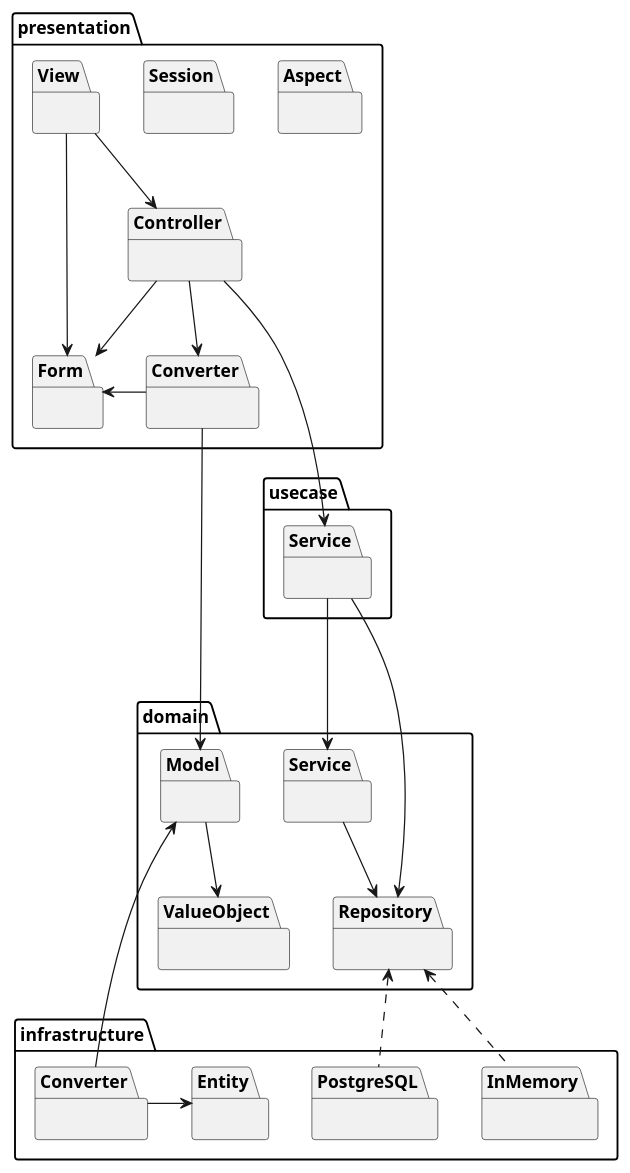
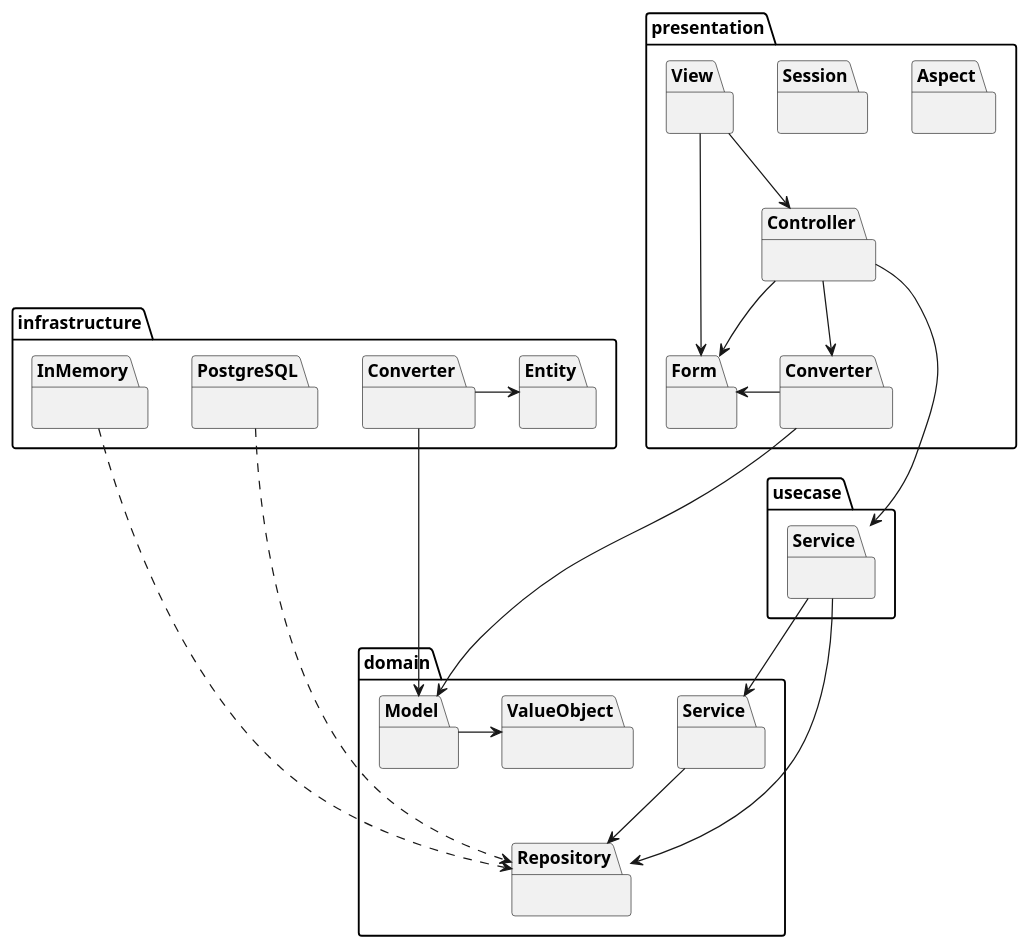
One commit to takku66/Yabomu changed the diagram in docs/class.pu. Above: the diagram before and after it, drawn with PlantUML. The commit also changed 45 other files, not shown here.

```diff
--- a/docs/class.pu
+++ b/docs/class.pu
@@ -1,82 +1,86 @@
 @startuml
 
 package presentation {
    	package Controller as p_ctl {
 
    	}
    	package Aspect as p_asp {
 
    	}
    	package Session as p_ssn {
 
    	}
    	package View as p_vw {
 
    	}
    	package Form as p_fm {
 
    	}
    	package Converter as p_cvtr {
 
    	}
 }
 
 package domain {
 	package ValueObject as d_vo {
 
    	}
 
    	package Service as d_svc {
 
    	}
 
    	package Repository as d_rp {
 
     }
 
     package Model as d_mdl {
 
     }
 
 }
 
 package infrastructure {
    	package InMemory as i_im {
 
    	}
 	package PostgreSQL as i_pgsql {
 
    	}
 	package Entity as i_ety {
 
    	}
    	package Converter as i_cvtr {
 
    	}
 }
 
 package usecase {
     package Service as u_svc {
 
     }
 }
 
 
 /' プレゼンテーション層の依存関係 '/
+i_cvtr ---> d_mdl
+i_cvtr -> i_ety
+i_im ...> d_rp
+i_pgsql ..> d_rp
+
 p_vw --> p_ctl
 p_vw --> p_fm
 p_ctl --> p_fm
 p_ctl --> p_cvtr
 p_cvtr -> p_fm
-p_cvtr --> d_mdl
-p_ctl ---> u_svc
-u_svc ---> d_rp
-u_svc ---> d_svc
+p_cvtr ---> d_mdl
+p_ctl --> u_svc
+
+u_svc --> d_rp
+u_svc --> d_svc
 d_svc --> d_rp
-d_mdl --> d_vo
-d_rp <.. i_im
-d_rp <.. i_pgsql
-i_cvtr ---> d_mdl
-i_cvtr -> i_ety
+d_mdl -> d_vo
+
+
 
 @enduml
```
